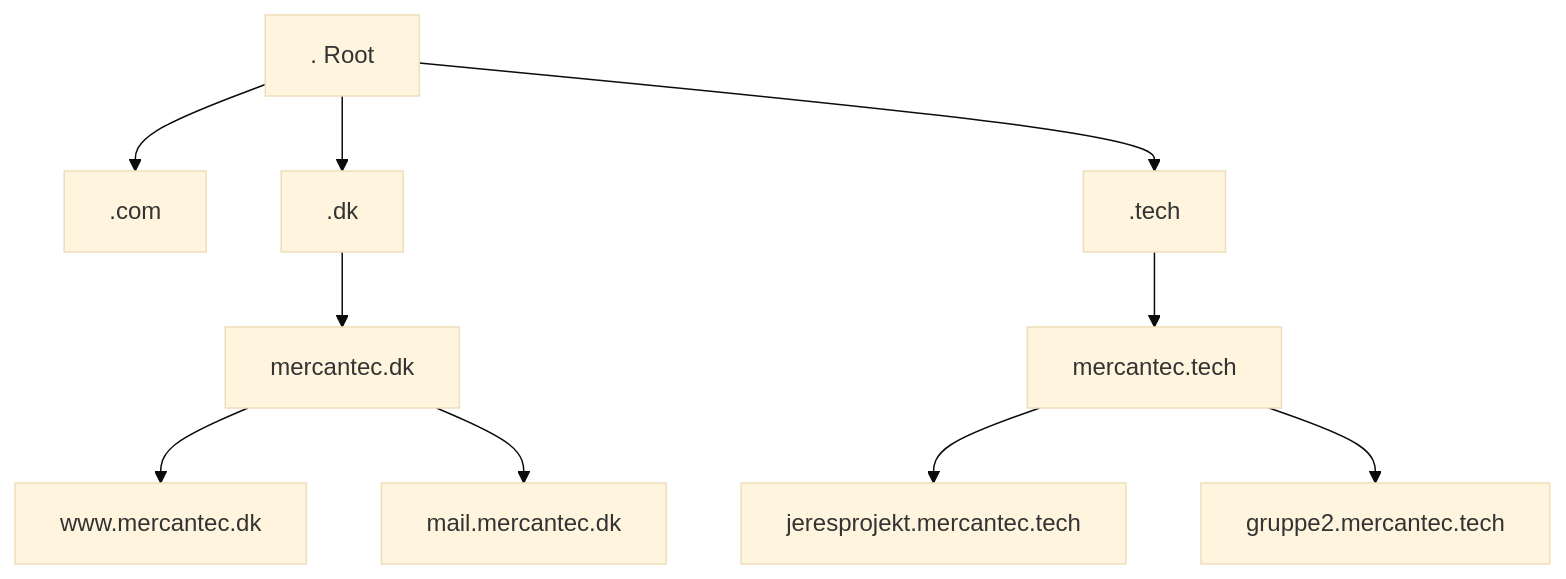
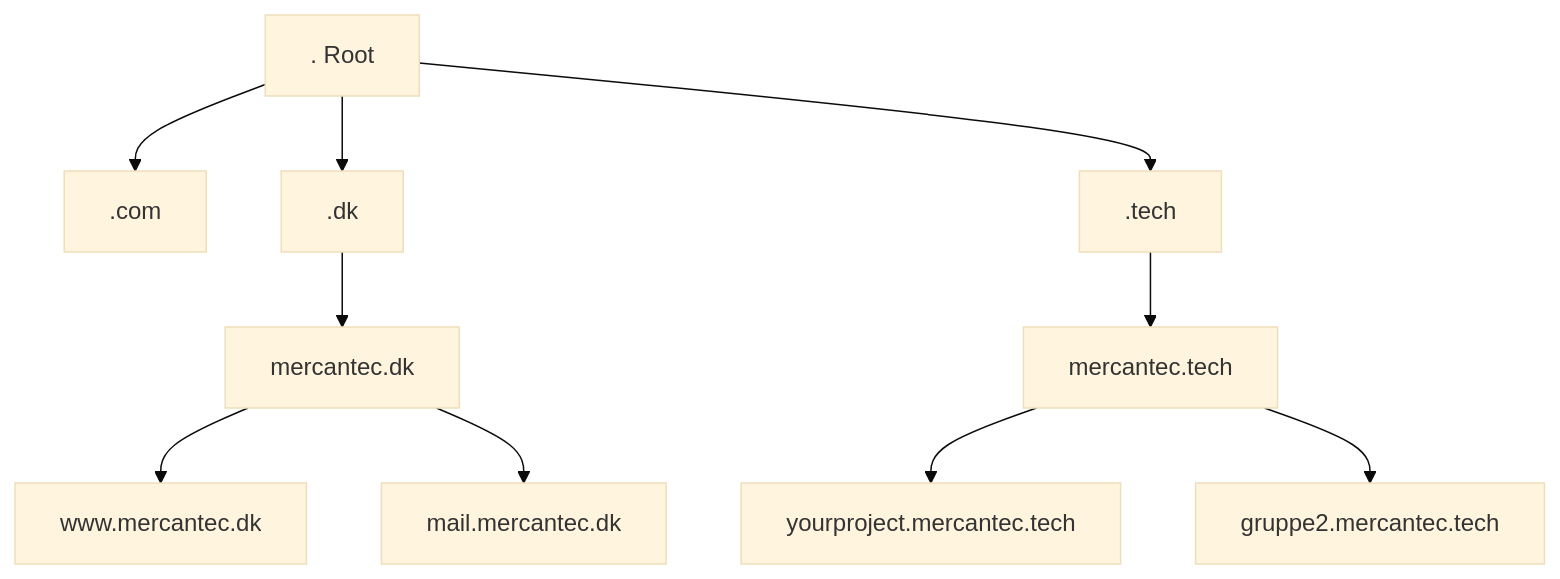
The second of 17 diagrams in docs/notes/day2-dns-firewall.md (Mercantec-GHC/deploy-or-die-anbo0005), drawn with Mermaid (base theme) before and after one commit. The commit also changed other lines of this file and 8 other files, not shown here.

````diff
--- a/docs/notes/day2-dns-firewall.md
+++ b/docs/notes/day2-dns-firewall.md
@@ -190,12 +190,12 @@
 ```mermaid
 graph TD
     Root[". Root"] --> TLD1[".com"]
     Root --> TLD2[".dk"]
     Root --> TLD3[".tech"]
     TLD2 --> SLD1["mercantec.dk"]
     TLD3 --> SLD2["mercantec.tech"]
     SLD1 --> SUB1["www.mercantec.dk"]
     SLD1 --> SUB2["mail.mercantec.dk"]
-    SLD2 --> SUB3["jeresprojekt.mercantec.tech"]
+    SLD2 --> SUB3["yourproject.mercantec.tech"]
     SLD2 --> SUB4["gruppe2.mercantec.tech"]
 ```
````
